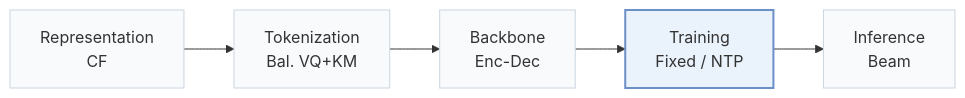
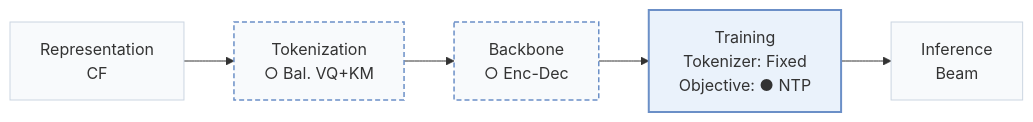
One commit to Galaxy-ghost/Awesome-SID-Generative-Rec changed the first of 2 diagrams in pages/papers/mbgen.md. Above: the diagram before and after it, drawn with Mermaid. The commit also changed other lines of this file and 558 other files, not shown here.

````diff
--- a/pages/papers/mbgen.md
+++ b/pages/papers/mbgen.md
@@ -15,8 +18,10 @@
 ```mermaid
 flowchart LR
-    R["Representation<br/>CF"] --> T["Tokenization<br/>Bal. VQ+KM"] --> B["Backbone<br/>Enc-Dec"] --> TR["Training<br/>Fixed / NTP"] --> I["Inference<br/>Beam"]
+    R["Representation<br/>CF"] --> T["Tokenization<br/>○ Bal. VQ+KM"] --> B["Backbone<br/>○ Enc-Dec"] --> TR["Training<br/>Tokenizer: Fixed<br/>Objective: ● NTP"] --> I["Inference<br/>Beam"]
     classDef base fill:#f8fafc,stroke:#cbd5e1
     class R,T,B,TR,I base
+    classDef other fill:#f8fafc,stroke:#6b8fc7,stroke-width:1.5px,stroke-dasharray:5 3
+    class T,B other
     classDef main fill:#eaf2fb,stroke:#6b8fc7,stroke-width:2px
     class TR main
 ```
````
